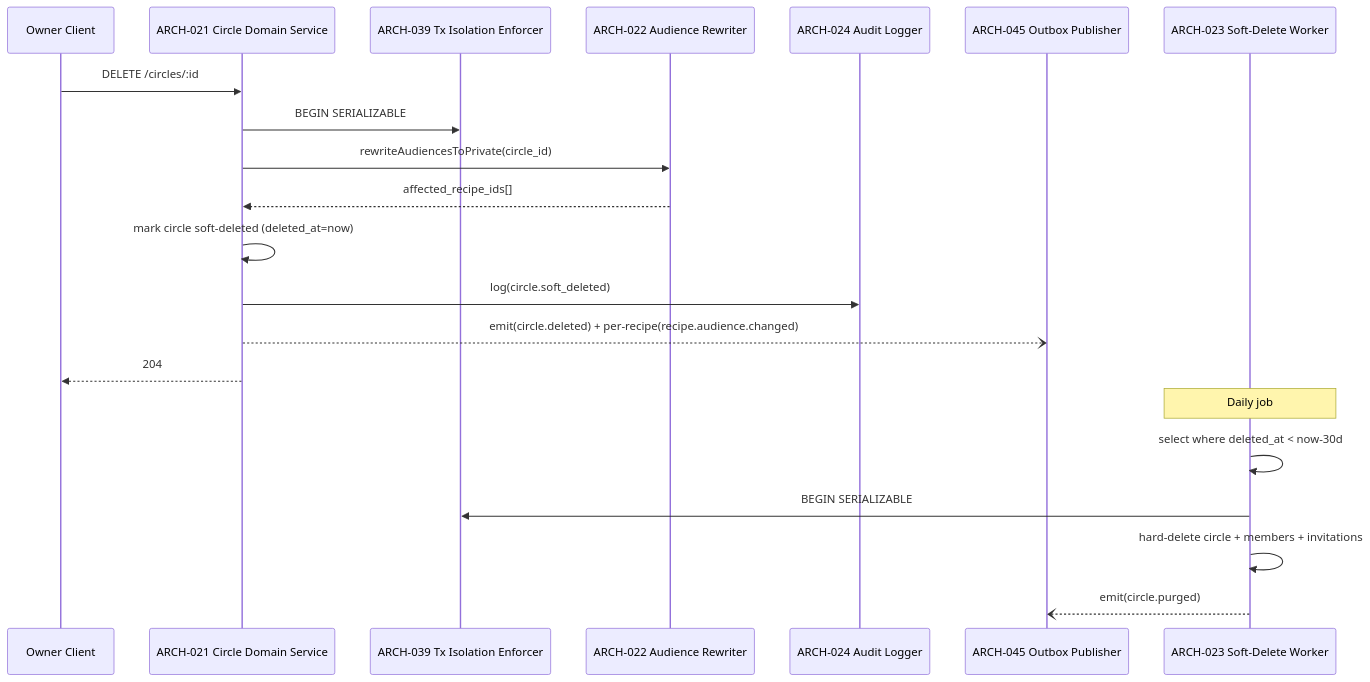
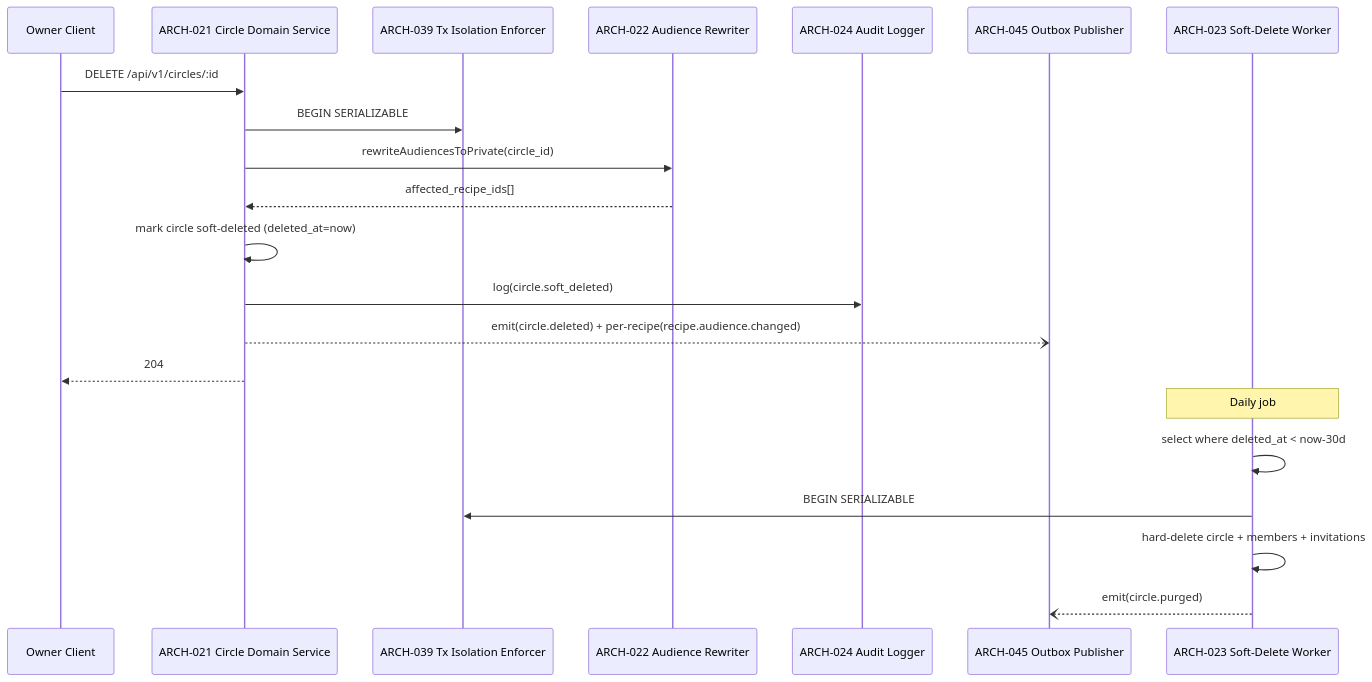
The sixth of 6 diagrams in specs/011-recipe-digitization/v-model/architecture-design.md (radicle-co/KitchenSink), drawn with Mermaid before and after one commit. The commit also changed other lines of this file and 98 other files, not shown here.

````diff
--- a/specs/011-recipe-digitization/v-model/architecture-design.md
+++ b/specs/011-recipe-digitization/v-model/architecture-design.md
@@ -244,24 +244,24 @@
 ```mermaid
 sequenceDiagram
     participant Owner as Owner Client
     participant Circ as ARCH-021 Circle Domain Service
     participant Iso as ARCH-039 Tx Isolation Enforcer
     participant Rew as ARCH-022 Audience Rewriter
     participant Aud as ARCH-024 Audit Logger
     participant Out as ARCH-045 Outbox Publisher
     participant Sweep as ARCH-023 Soft-Delete Worker
 
-    Owner->>Circ: DELETE /circles/:id
+    Owner->>Circ: DELETE /api/v1/circles/:id
     Circ->>Iso: BEGIN SERIALIZABLE
     Circ->>Rew: rewriteAudiencesToPrivate(circle_id)
     Rew-->>Circ: affected_recipe_ids[]
     Circ->>Circ: mark circle soft-deleted (deleted_at=now)
     Circ->>Aud: log(circle.soft_deleted)
     Circ--)Out: emit(circle.deleted) + per-recipe(recipe.audience.changed)
     Circ-->>Owner: 204
     Note over Sweep: Daily job
     Sweep->>Sweep: select where deleted_at < now-30d
     Sweep->>Iso: BEGIN SERIALIZABLE
     Sweep->>Sweep: hard-delete circle + members + invitations
     Sweep--)Out: emit(circle.purged)
 ```
````
